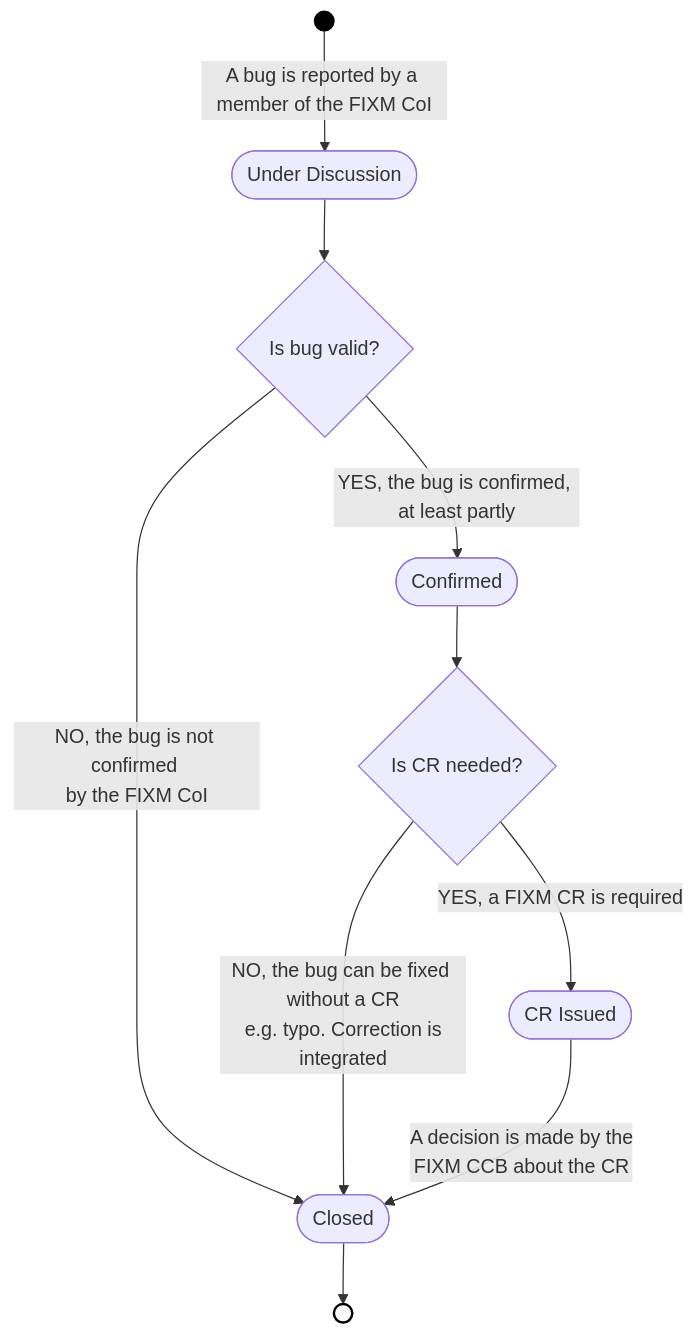
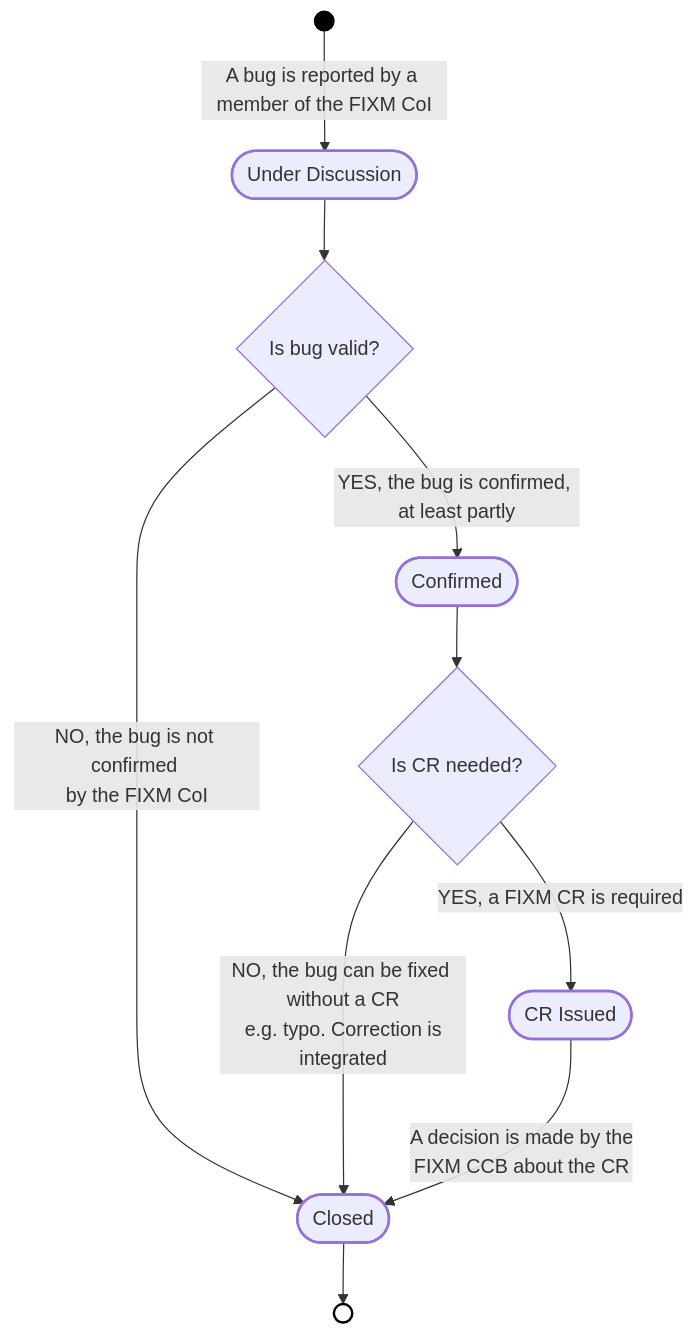
One commit to du-lapin/test_docsify changed the third of 4 diagrams in docs/fixm/charter.md. Above: the diagram before and after it, drawn with Mermaid.

````diff
--- a/docs/fixm/charter.md
+++ b/docs/fixm/charter.md
@@ -269,24 +269,28 @@
 ```mermaid
 graph TD
 INITIAL_STATE(( ))
 END_STATE(( ))
 UNDER_DISCUSSION([Under Discussion])
 CONFIRMED([Confirmed])
 CR_ISSUED([CR Issued])
 CLOSED([Closed])
 is_bug_valid{Is bug valid?}
 is_CR_required{Is CR needed?}
 
 INITIAL_STATE --> |A bug is reported by a member of the FIXM CoI| UNDER_DISCUSSION
 UNDER_DISCUSSION --> is_bug_valid
 is_bug_valid --> |NO, the bug is not confirmed <br>by the FIXM CoI| CLOSED
 is_bug_valid --> |YES, the bug is confirmed, at least partly| CONFIRMED
 CONFIRMED --> is_CR_required
 is_CR_required --> |YES, a FIXM CR is required| CR_ISSUED
 is_CR_required --> |NO, the bug can be fixed without a CR<br> e.g. typo. Correction is integrated| CLOSED
 CR_ISSUED --> |A decision is made by the <br>FIXM CCB about the CR| CLOSED
 CLOSED --> END_STATE
 
 style INITIAL_STATE fill:black,stroke:black,stroke-width:2px
 style END_STATE fill:white,stroke:black,stroke-width:2px
+style UNDER_DISCUSSION stroke-width:2px
+style CONFIRMED stroke-width:2px
+style CR_ISSUED stroke-width:2px
+style CLOSED stroke-width:2px
 ```
````
